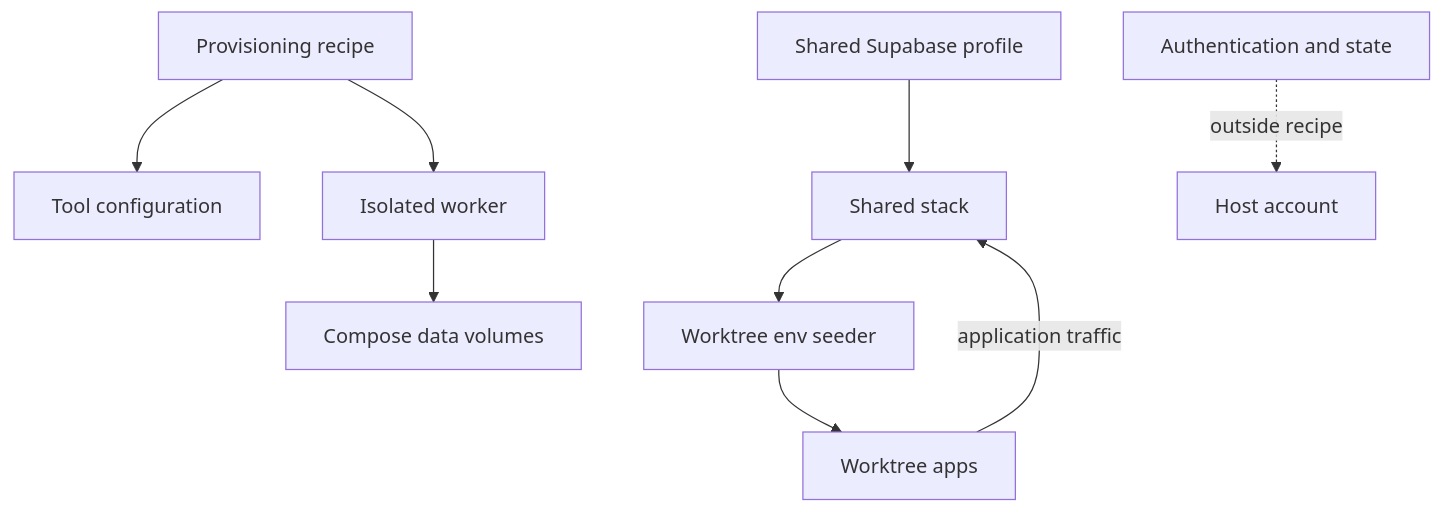
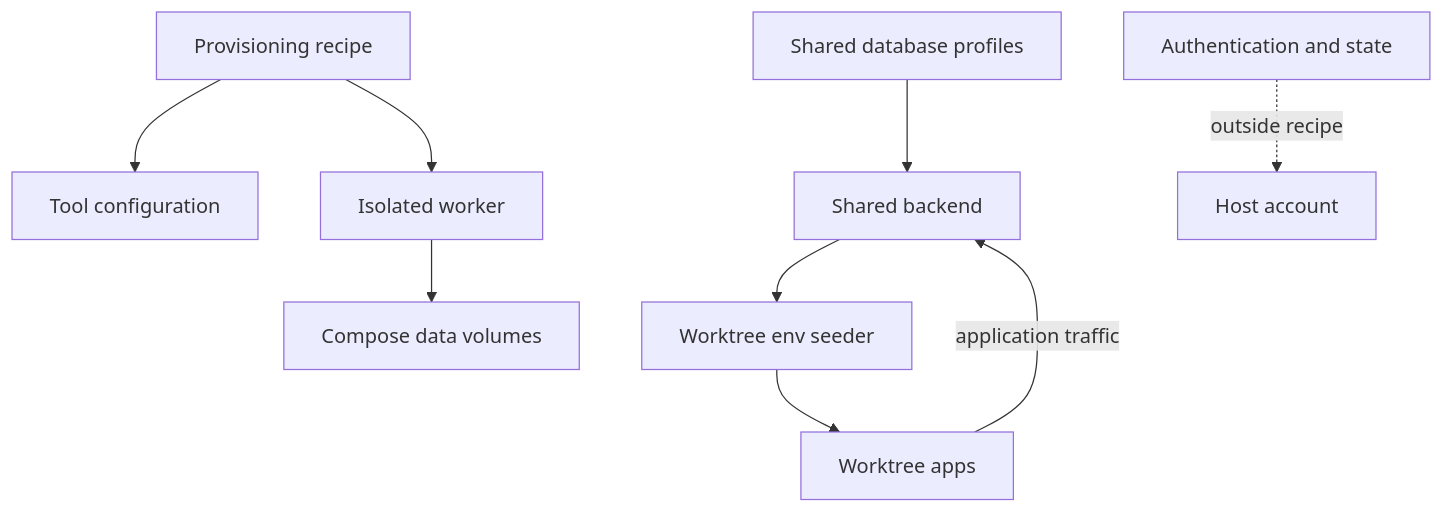
The sixth of 6 diagrams in docs/architecture.md (i098/Code-Factory), drawn with Mermaid before and after one commit. The commit also changed other lines of this file and 2 other files, not shown here.

Commit message:
no-mistakes(document): Correct shared Postgres documentation and verify lint

````diff
--- a/docs/architecture.md
+++ b/docs/architecture.md
@@ -92,11 +92,11 @@
 ```mermaid
 flowchart TB
     recipe[Provisioning recipe] --> config[Tool configuration]
     recipe --> worker[Isolated worker]
     worker --> volumes[Compose data volumes]
-    profile[Shared Supabase profile] --> stack[Shared stack]
+    profile[Shared database profiles] --> stack[Shared backend]
     stack --> env[Worktree env seeder]
     env --> apps[Worktree apps]
     apps -->|application traffic| stack
     auth[Authentication and state] -.->|outside recipe| host[Host account]
 ```
````
